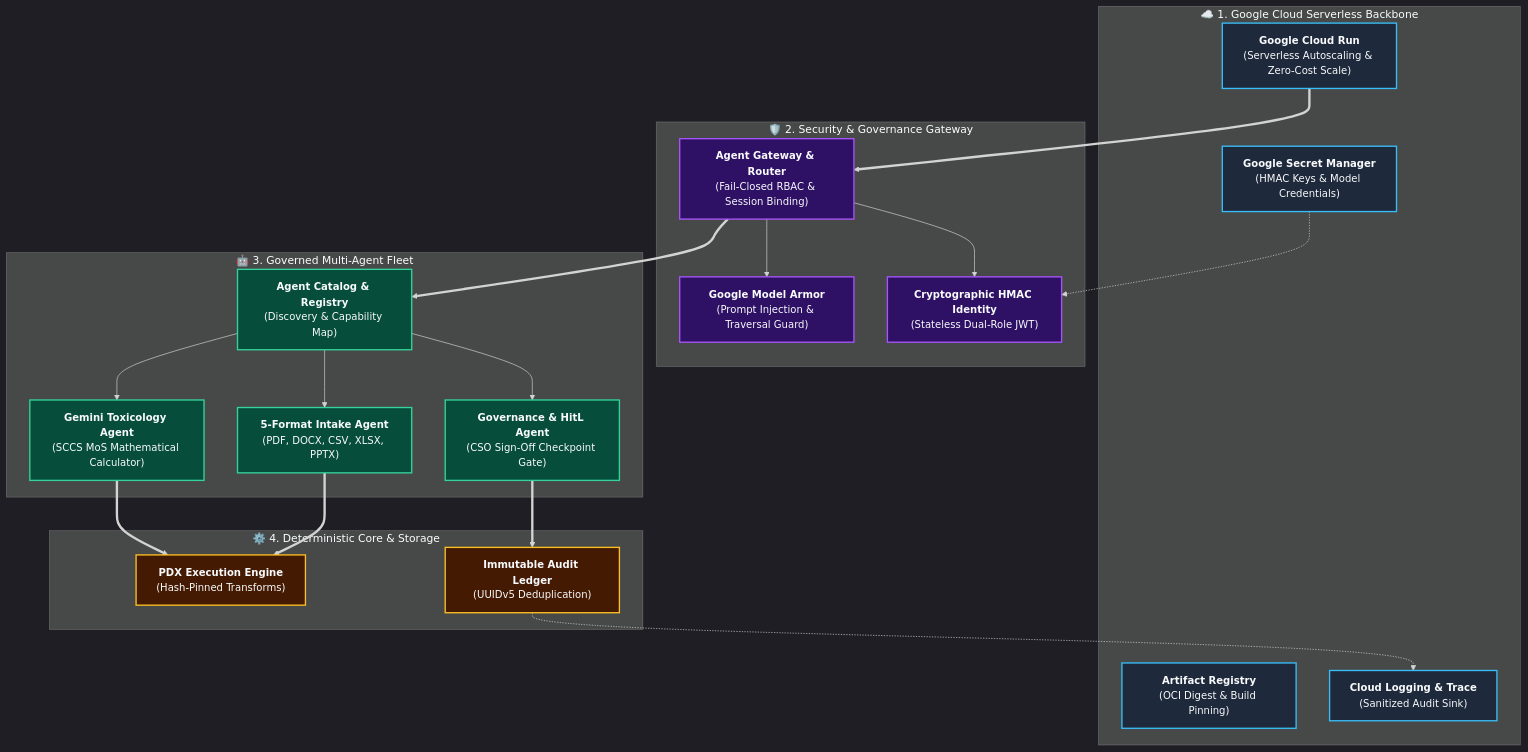
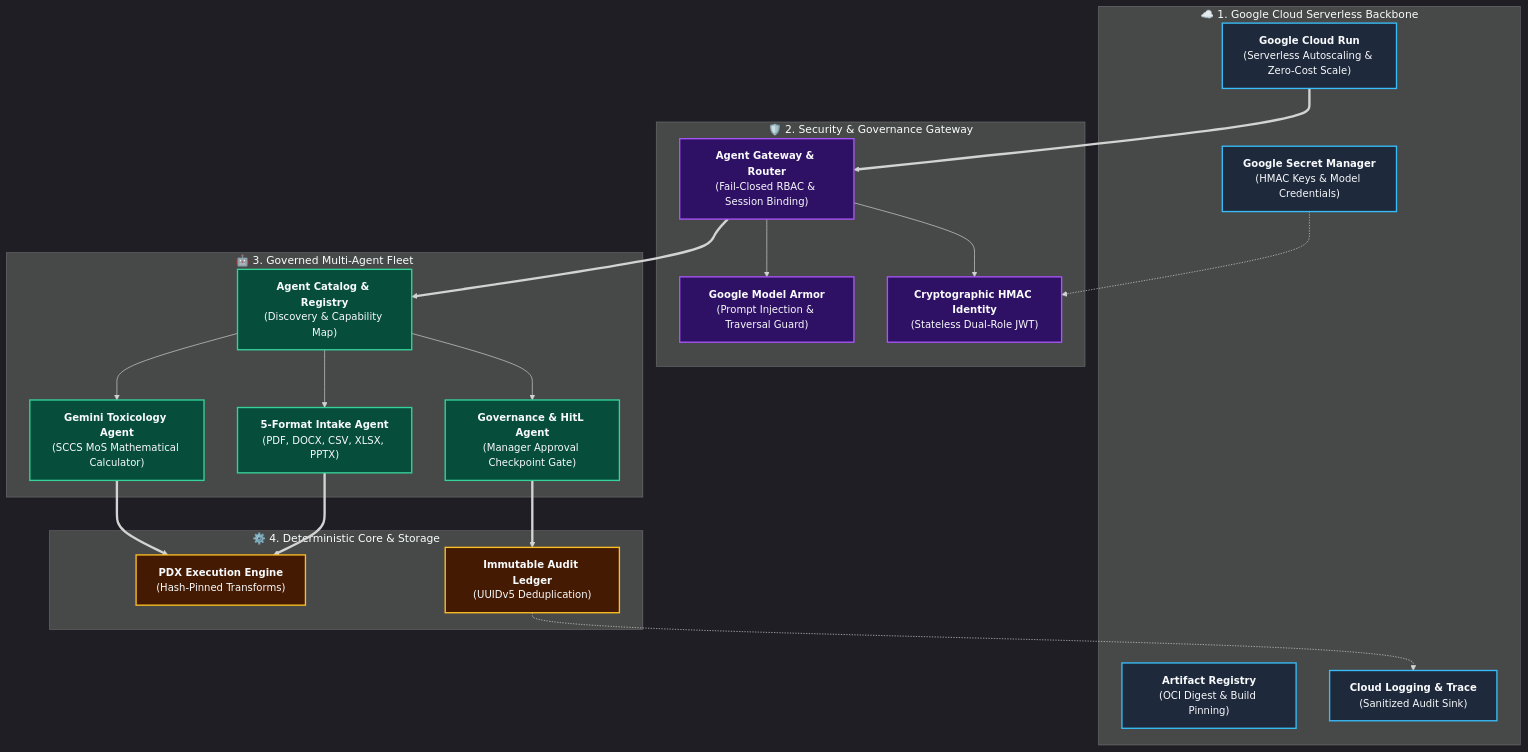
The diagram in README.md (prodocux/fortifiedreg-fleet), drawn with Mermaid before and after one commit. The commit also changed other lines of this file, not shown here.

Commit message:
docs: align role documentation with dual-role Formulator and Product Manager architecture

````diff
--- a/README.md
+++ b/README.md
@@ -71,46 +71,46 @@
 ```mermaid
 %%{init: {'theme': 'dark', 'themeVariables': { 'fontSize': '16px', 'fontFamily': 'Inter, system-ui, sans-serif', 'darkMode': true }}}%%
 flowchart TD
     classDef gcp fill:#1e293b,stroke:#38bdf8,stroke-width:2px,color:#f8fafc,font-size:15px;
     classDef sec fill:#2e1065,stroke:#a855f7,stroke-width:2px,color:#f8fafc,font-size:15px;
     classDef agent fill:#064e3b,stroke:#34d399,stroke-width:2px,color:#f8fafc,font-size:15px;
     classDef core fill:#451a03,stroke:#fbbf24,stroke-width:2px,color:#f8fafc,font-size:15px;
 
     subgraph GCP ["  ☁️ 1. Google Cloud Serverless Backbone  "]
         CR["<b>Google Cloud Run</b><br/>(Serverless Autoscaling & Zero-Cost Scale)"]:::gcp
         SM["<b>Google Secret Manager</b><br/>(HMAC Keys & Model Credentials)"]:::gcp
         AR["<b>Artifact Registry</b><br/>(OCI Digest & Build Pinning)"]:::gcp
         CL["<b>Cloud Logging & Trace</b><br/>(Sanitized Audit Sink)"]:::gcp
     end
 
     subgraph SEC ["  🛡️ 2. Security & Governance Gateway  "]
         GW["<b>Agent Gateway & Router</b><br/>(Fail-Closed RBAC & Session Binding)"]:::sec
         MA["<b>Google Model Armor</b><br/>(Prompt Injection & Traversal Guard)"]:::sec
         ID["<b>Cryptographic HMAC Identity</b><br/>(Stateless Dual-Role JWT)"]:::sec
     end
 
     subgraph AGENTS ["  🤖 3. Governed Multi-Agent Fleet  "]
         REG["<b>Agent Catalog & Registry</b><br/>(Discovery & Capability Map)"]:::agent
         TOX["<b>Gemini Toxicology Agent</b><br/>(SCCS MoS Mathematical Calculator)"]:::agent
         INT["<b>5-Format Intake Agent</b><br/>(PDF, DOCX, CSV, XLSX, PPTX)"]:::agent
-        HITL["<b>Governance & HitL Agent</b><br/>(CSO Sign-Off Checkpoint Gate)"]:::agent
+        HITL["<b>Governance & HitL Agent</b><br/>(Manager Approval Checkpoint Gate)"]:::agent
     end
 
     subgraph CORE ["  ⚙️ 4. Deterministic Core & Storage  "]
         PDX["<b>PDX Execution Engine</b><br/>(Hash-Pinned Transforms)"]:::core
         MEM["<b>Immutable Audit Ledger</b><br/>(UUIDv5 Deduplication)"]:::core
     end
 
     CR ==> GW
     GW --> MA
     GW --> ID
     GW ==> REG
     REG --> TOX
     REG --> INT
     REG --> HITL
     TOX ==> PDX
     INT ==> PDX
     HITL ==> MEM
     SM -.-> ID
     MEM -.-> CL
 ```
````
